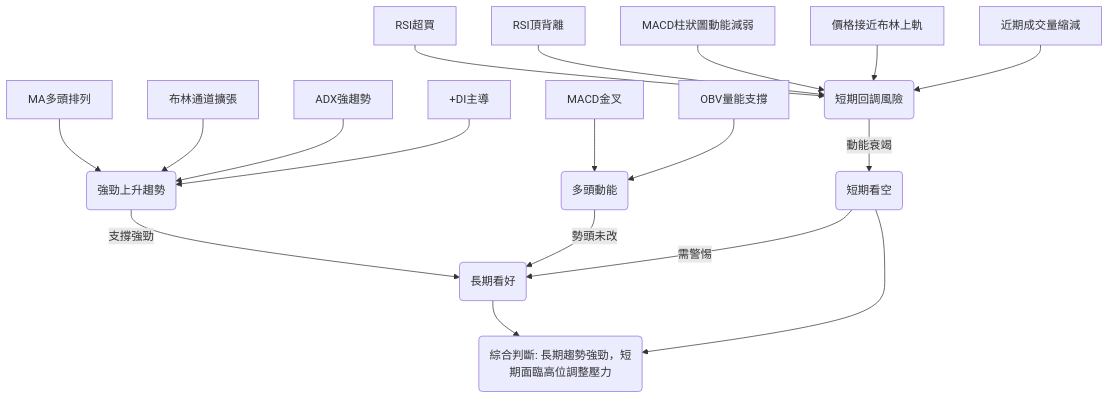
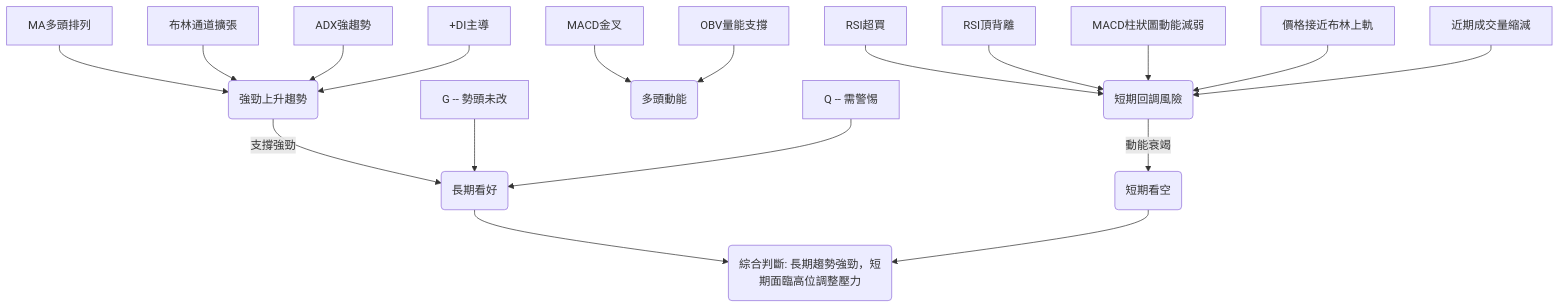
The sixth of 8 diagrams in ai_gen_report/stock/amd/technical_analysis_2026-05-27_gemini.md (yennanliu/finance_data), drawn with Mermaid before and after one commit. The commit also changed other lines of this file and 2258 other files, not shown here.

First line of the commit message:
chore: backfill Mermaid syntax repair across existing reports

````diff
--- a/ai_gen_report/stock/amd/technical_analysis_2026-05-27_gemini.md
+++ b/ai_gen_report/stock/amd/technical_analysis_2026-05-27_gemini.md
@@ -437,19 +437,19 @@
 ```mermaid
 graph TD
-    A[MA多頭排列] --> B(強勁上升趨勢)
-    C[RSI超買] --> D(短期回調風險)
-    E[RSI頂背離] --> D
-    F[MACD金叉] --> G(多頭動能)
-    H[MACD柱狀圖動能減弱] --> D
-    I[布林通道擴張] --> B
-    J[價格接近布林上軌] --> D
-    K[ADX強趨勢] --> B
-    L[+DI主導] --> B
-    M[OBV量能支撐] --> G
-    N[近期成交量縮減] --> D
-    B -- 支撐強勁 --> P(長期看好)
-    D -- 動能衰竭 --> Q(短期看空)
-    G -- 勢頭未改 --> P
-    Q -- 需警惕 --> P
-    P & Q --> R(綜合判斷: 長期趨勢強勁，短期面臨高位調整壓力)
+    A["MA多頭排列"] --> B("強勁上升趨勢")
+    C["RSI超買"] --> D("短期回調風險")
+    E["RSI頂背離"] --> D
+    F["MACD金叉"] --> G("多頭動能")
+    H["MACD柱狀圖動能減弱"] --> D
+    I["布林通道擴張"] --> B
+    J["價格接近布林上軌"] --> D
+    K["ADX強趨勢"] --> B
+    L["+DI主導"] --> B
+    M["OBV量能支撐"] --> G
+    N["近期成交量縮減"] --> D
+    B -- 支撐強勁 --> P("長期看好")
+    D -- 動能衰竭 --> Q("短期看空")
+    nb1["G -- 勢頭未改"] --> P
+    nb2["Q -- 需警惕"] --> P
+    P & Q --> R("綜合判斷: 長期趨勢強勁，短期面臨高位調整壓力")
 ```
````
